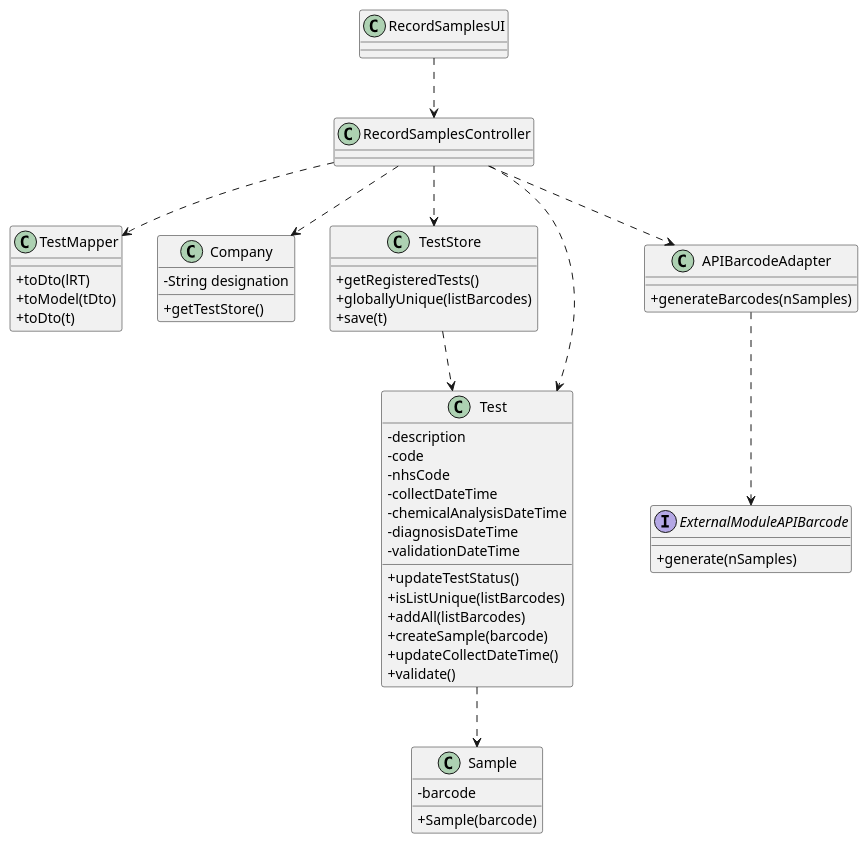
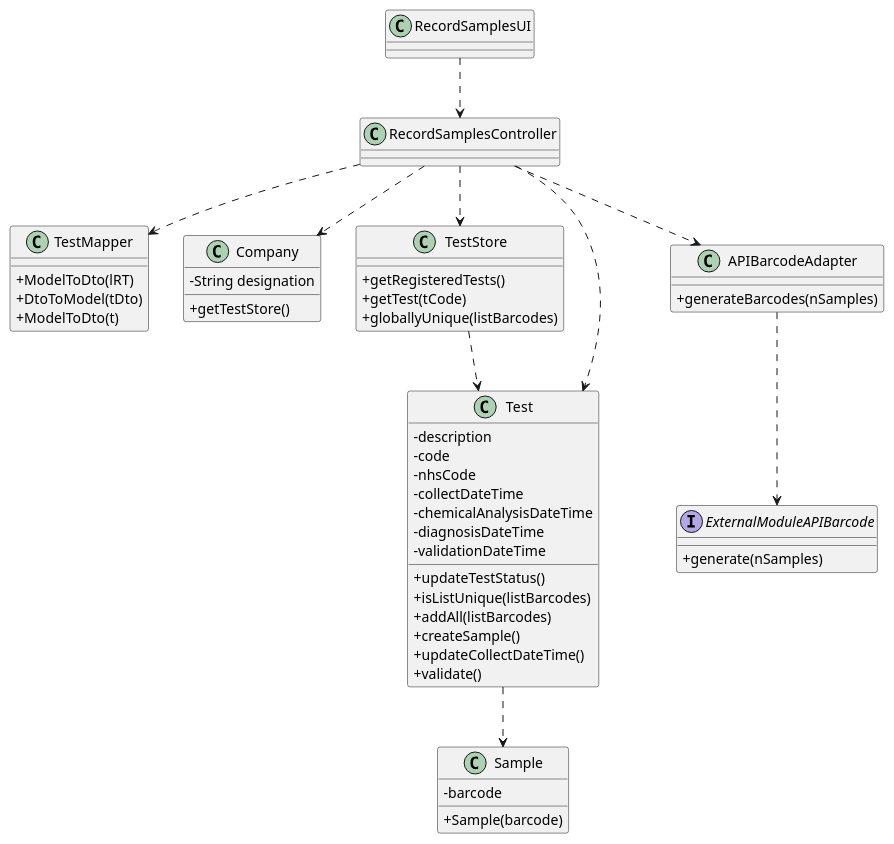
One commit to 0franciscor/lei-21-s2-1de-g19 changed the diagram in docs/SprintC/US05/US05-CD.puml. Above: the diagram before and after it, drawn with PlantUML. The commit also changed 1 other file, not shown here.

```diff
--- a/docs/SprintC/US05/US05-CD.puml
+++ b/docs/SprintC/US05/US05-CD.puml
@@ -1,70 +1,71 @@
 @startuml
 'https://plantuml.com/class-diagram
+
 skinparam classAttributeIconSize 0
 
 class RecordSamplesUI{
 }
 
 class RecordSamplesController{
 }
 
 class TestMapper{
-  +toDto(lRT)
-  +toModel(tDto)
-  +toDto(t)
+  +ModelToDto(lRT)
+  +DtoToModel(tDto)
+  +ModelToDto(t)
 }
 
 class Company{
   -String designation
   +getTestStore()
 }
 
 class TestStore{
   +getRegisteredTests()
+  +getTest(tCode)
   +globallyUnique(listBarcodes)
-  +save(t)
 }
 
 class Test{
   -description
   -code
   -nhsCode
   -collectDateTime
   -chemicalAnalysisDateTime
   -diagnosisDateTime
   -validationDateTime
   +updateTestStatus()
   +isListUnique(listBarcodes)
   +addAll(listBarcodes)
-  +createSample(barcode)
+  +createSample()
   +updateCollectDateTime()
   +validate()
 }
 
 class APIBarcodeAdapter{
   +generateBarcodes(nSamples)
 }
 
 interface ExternalModuleAPIBarcode{
   +generate(nSamples)
 }
 
 class Sample{
   -barcode
   +Sample(barcode)
 }
 
 RecordSamplesUI ..> RecordSamplesController
 RecordSamplesController ..> TestMapper
 RecordSamplesController ..> Company
 RecordSamplesController ..> TestStore
 RecordSamplesController ..> Test
 RecordSamplesController ..> APIBarcodeAdapter
 APIBarcodeAdapter ..> ExternalModuleAPIBarcode
 TestStore ..> Test
 Test ..> Sample
 
 
 
 
 @enduml
```
